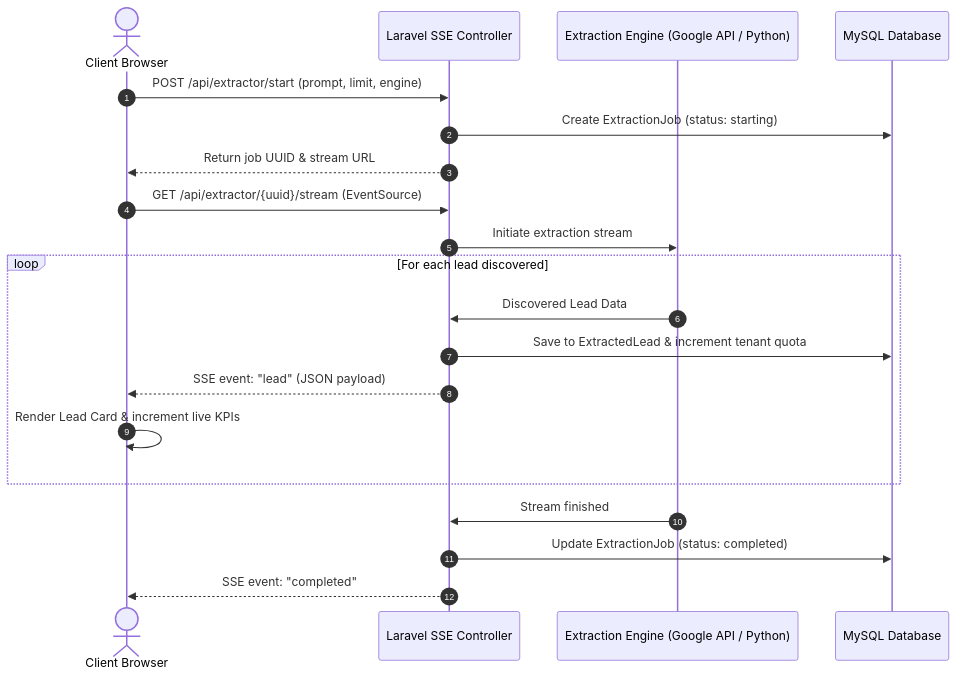
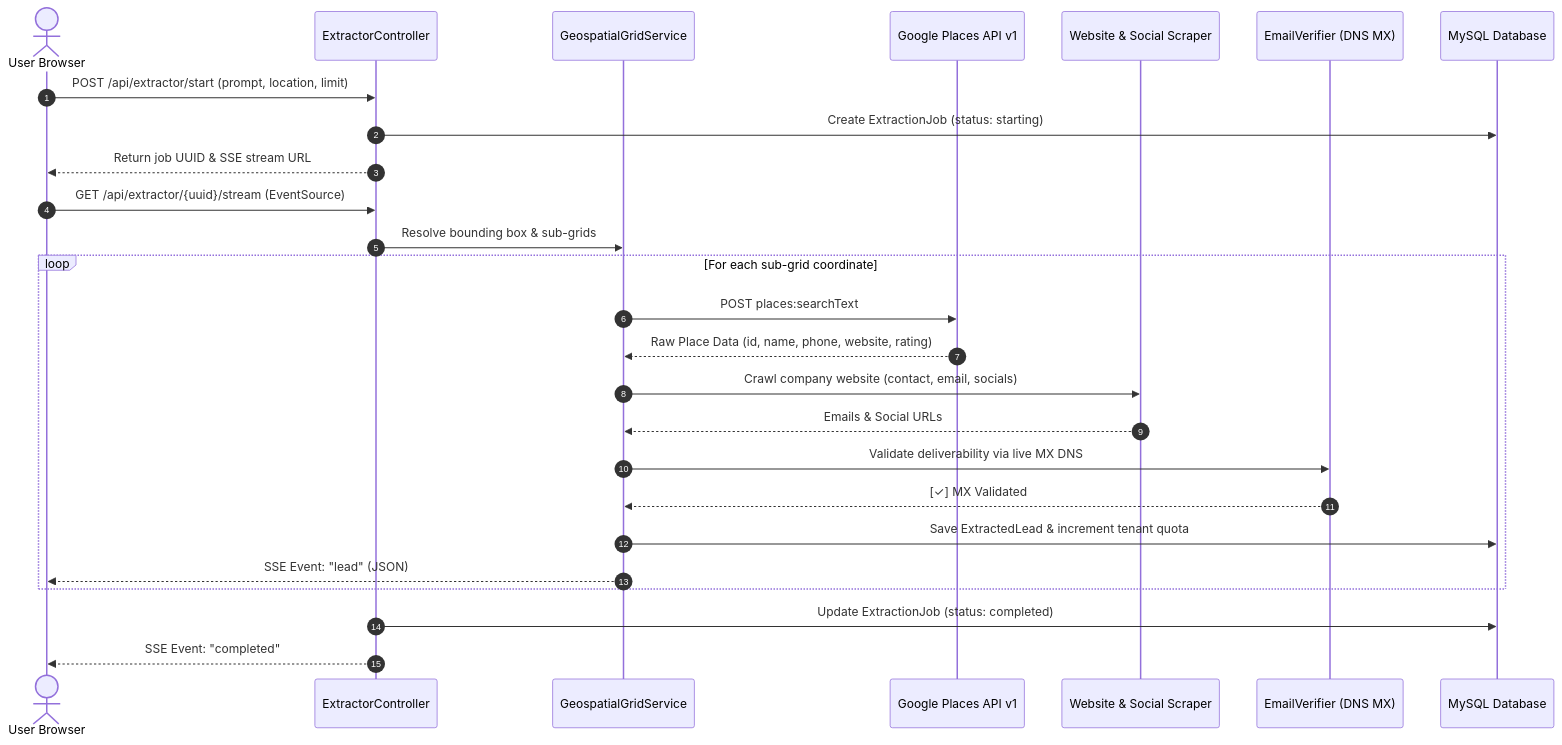
The diagram in docs/ARCHITECTURE.md (Muhammad-Ashfaq1/leads_ext), drawn with Mermaid before and after one commit. The commit also changed other lines of this file and 11 other files, not shown here.

````diff
--- a/docs/ARCHITECTURE.md
+++ b/docs/ARCHITECTURE.md
@@ -101,23 +55,29 @@
 ```mermaid
 sequenceDiagram
     autonumber
-    actor User as Client Browser
-    participant Laravel as Laravel SSE Controller
-    participant Engine as Extraction Engine (Google API / Python)
+    actor User as User Browser
+    participant Controller as ExtractorController
+    participant Grid as GeospatialGridService
+    participant Places as Google Places API v1
+    participant Scraper as Website & Social Scraper
+    participant MX as EmailVerifier (DNS MX)
     participant DB as MySQL Database
 
-    User->>Laravel: POST /api/extractor/start (prompt, limit, engine)
-    Laravel->>DB: Create ExtractionJob (status: starting)
-    Laravel-->>User: Return job UUID & stream URL
-    User->>Laravel: GET /api/extractor/{uuid}/stream (EventSource)
-    Laravel->>Engine: Initiate extraction stream
-    loop For each lead discovered
-        Engine->>Laravel: Discovered Lead Data
-        Laravel->>DB: Save to ExtractedLead & increment tenant quota
-        Laravel-->>User: SSE event: "lead" (JSON payload)
-        User->>User: Render Lead Card & increment live KPIs
+    User->>Controller: POST /api/extractor/start (prompt, location, limit)
+    Controller->>DB: Create ExtractionJob (status: starting)
+    Controller-->>User: Return job UUID & SSE stream URL
+    User->>Controller: GET /api/extractor/{uuid}/stream (EventSource)
+    Controller->>Grid: Resolve bounding box & sub-grids
+    loop For each sub-grid coordinate
+        Grid->>Places: POST places:searchText
+        Places-->>Grid: Raw Place Data (id, name, phone, website, rating)
+        Grid->>Scraper: Crawl company website (contact, email, socials)
+        Scraper-->>Grid: Emails & Social URLs
+        Grid->>MX: Validate deliverability via live MX DNS
+        MX-->>Grid: [✓] MX Validated
+        Grid->>DB: Save ExtractedLead & increment tenant quota
+        Grid-->>User: SSE Event: "lead" (JSON)
     end
-    Engine->>Laravel: Stream finished
-    Laravel->>DB: Update ExtractionJob (status: completed)
-    Laravel-->>User: SSE event: "completed"
+    Controller->>DB: Update ExtractionJob (status: completed)
+    Controller-->>User: SSE Event: "completed"
 ```
````
